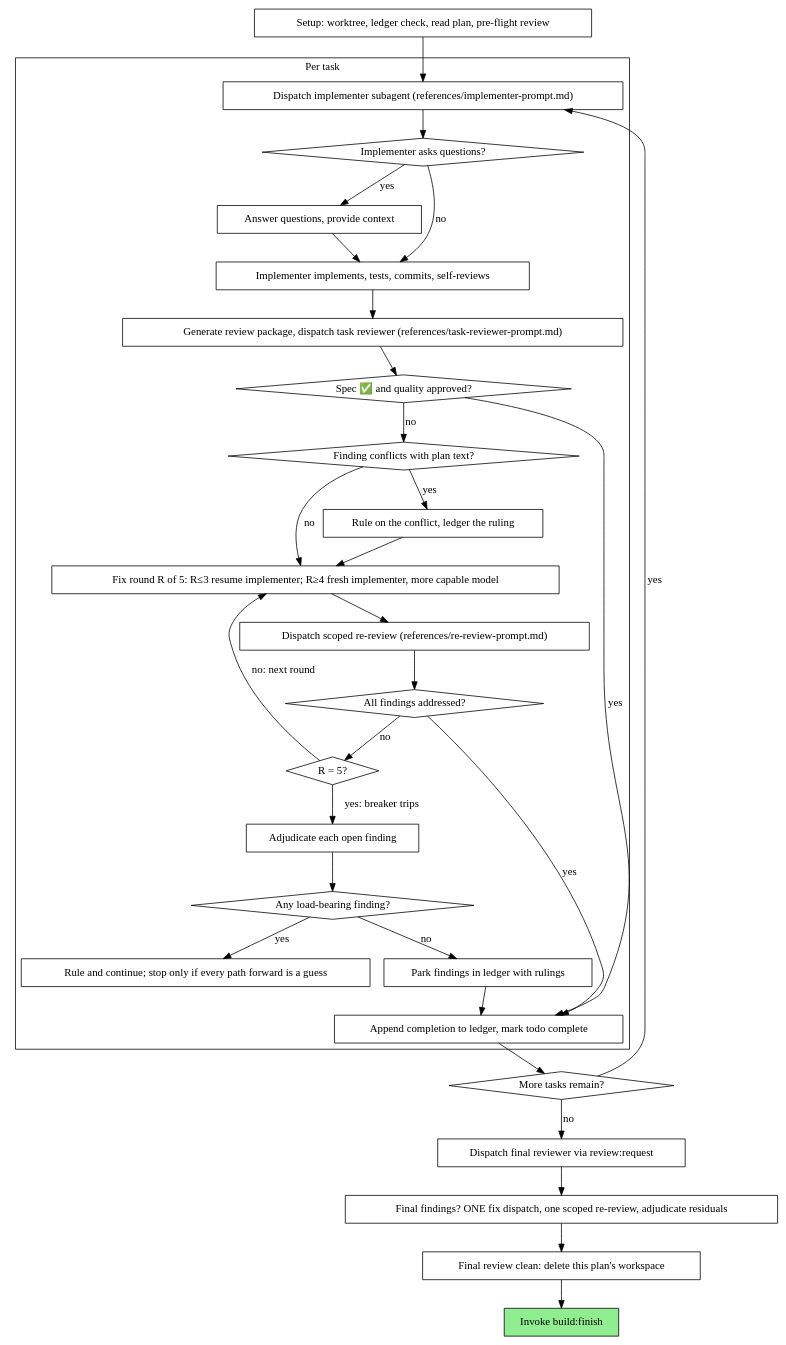
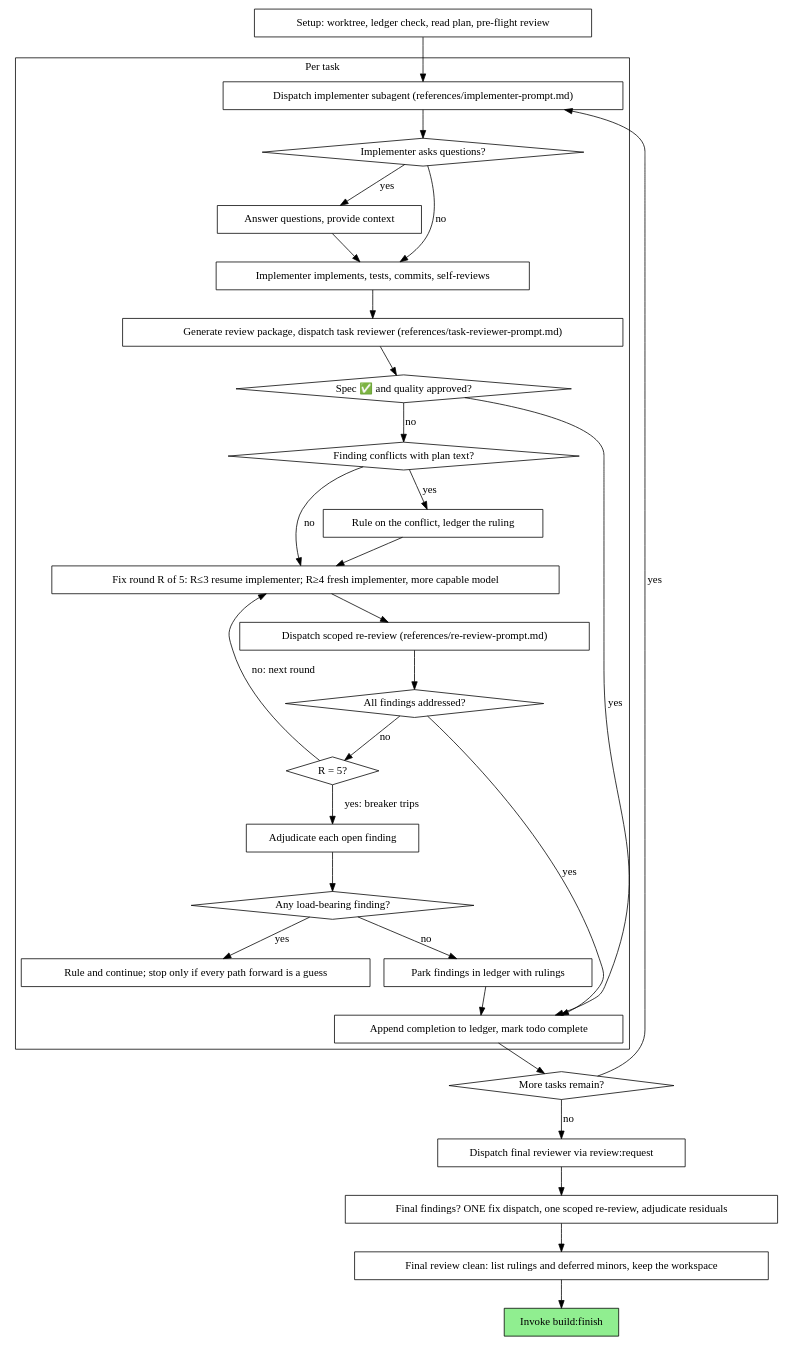
The second of 2 diagrams in plugins/build/skills/delegate/SKILL.md (lyngon/devkit), drawn with Graphviz before and after one commit. The commit also changed other lines of this file and 7 other files, not shown here.

First line of the commit message:
feat(build): hand the plan workspace to finish for deferred findings

````diff
--- a/plugins/build/skills/delegate/SKILL.md
+++ b/plugins/build/skills/delegate/SKILL.md
@@ -70,62 +70,62 @@
 ```dot
 digraph process {
     rankdir=TB;
 
     subgraph cluster_per_task {
         label="Per task";
         "Dispatch implementer subagent (references/implementer-prompt.md)" [shape=box];
         "Implementer asks questions?" [shape=diamond];
         "Answer questions, provide context" [shape=box];
         "Implementer implements, tests, commits, self-reviews" [shape=box];
         "Generate review package, dispatch task reviewer (references/task-reviewer-prompt.md)" [shape=box];
         "Spec ✅ and quality approved?" [shape=diamond];
         "Finding conflicts with plan text?" [shape=diamond];
         "Rule on the conflict, ledger the ruling" [shape=box];
         "Fix round R of 5: R≤3 resume implementer; R≥4 fresh implementer, more capable model" [shape=box];
         "Dispatch scoped re-review (references/re-review-prompt.md)" [shape=box];
         "All findings addressed?" [shape=diamond];
         "R = 5?" [shape=diamond];
         "Adjudicate each open finding" [shape=box];
         "Any load-bearing finding?" [shape=diamond];
         "Rule and continue; stop only if every path forward is a guess" [shape=box];
         "Park findings in ledger with rulings" [shape=box];
         "Append completion to ledger, mark todo complete" [shape=box];
     }
 
     "Setup: worktree, ledger check, read plan, pre-flight review" [shape=box];
     "More tasks remain?" [shape=diamond];
     "Dispatch final reviewer via review:request" [shape=box];
     "Final findings? ONE fix dispatch, one scoped re-review, adjudicate residuals" [shape=box];
-    "Final review clean: delete this plan's workspace" [shape=box];
+    "Final review clean: list rulings and deferred minors, keep the workspace" [shape=box];
     "Invoke build:finish" [shape=box style=filled fillcolor=lightgreen];
 
     "Setup: worktree, ledger check, read plan, pre-flight review" -> "Dispatch implementer subagent (references/implementer-prompt.md)";
     "Dispatch implementer subagent (references/implementer-prompt.md)" -> "Implementer asks questions?";
     "Implementer asks questions?" -> "Answer questions, provide context" [label="yes"];
     "Answer questions, provide context" -> "Implementer implements, tests, commits, self-reviews";
     "Implementer asks questions?" -> "Implementer implements, tests, commits, self-reviews" [label="no"];
     "Implementer implements, tests, commits, self-reviews" -> "Generate review package, dispatch task reviewer (references/task-reviewer-prompt.md)";
     "Generate review package, dispatch task reviewer (references/task-reviewer-prompt.md)" -> "Spec ✅ and quality approved?";
     "Spec ✅ and quality approved?" -> "Append completion to ledger, mark todo complete" [label="yes"];
     "Spec ✅ and quality approved?" -> "Finding conflicts with plan text?" [label="no"];
     "Finding conflicts with plan text?" -> "Rule on the conflict, ledger the ruling" [label="yes"];
     "Rule on the conflict, ledger the ruling" -> "Fix round R of 5: R≤3 resume implementer; R≥4 fresh implementer, more capable model";
     "Finding conflicts with plan text?" -> "Fix round R of 5: R≤3 resume implementer; R≥4 fresh implementer, more capable model" [label="no"];
     "Fix round R of 5: R≤3 resume implementer; R≥4 fresh implementer, more capable model" -> "Dispatch scoped re-review (references/re-review-prompt.md)";
     "Dispatch scoped re-review (references/re-review-prompt.md)" -> "All findings addressed?";
     "All findings addressed?" -> "Append completion to ledger, mark todo complete" [label="yes"];
     "All findings addressed?" -> "R = 5?" [label="no"];
     "R = 5?" -> "Fix round R of 5: R≤3 resume implementer; R≥4 fresh implementer, more capable model" [label="no: next round"];
     "R = 5?" -> "Adjudicate each open finding" [label="yes: breaker trips"];
     "Adjudicate each open finding" -> "Any load-bearing finding?";
     "Any load-bearing finding?" -> "Rule and continue; stop only if every path forward is a guess" [label="yes"];
     "Any load-bearing finding?" -> "Park findings in ledger with rulings" [label="no"];
     "Park findings in ledger with rulings" -> "Append completion to ledger, mark todo complete";
     "Append completion to ledger, mark todo complete" -> "More tasks remain?";
     "More tasks remain?" -> "Dispatch implementer subagent (references/implementer-prompt.md)" [label="yes"];
     "More tasks remain?" -> "Dispatch final reviewer via review:request" [label="no"];
     "Dispatch final reviewer via review:request" -> "Final findings? ONE fix dispatch, one scoped re-review, adjudicate residuals";
-    "Final findings? ONE fix dispatch, one scoped re-review, adjudicate residuals" -> "Final review clean: delete this plan's workspace";
-    "Final review clean: delete this plan's workspace" -> "Invoke build:finish";
+    "Final findings? ONE fix dispatch, one scoped re-review, adjudicate residuals" -> "Final review clean: list rulings and deferred minors, keep the workspace";
+    "Final review clean: list rulings and deferred minors, keep the workspace" -> "Invoke build:finish";
 }
 ```
````
